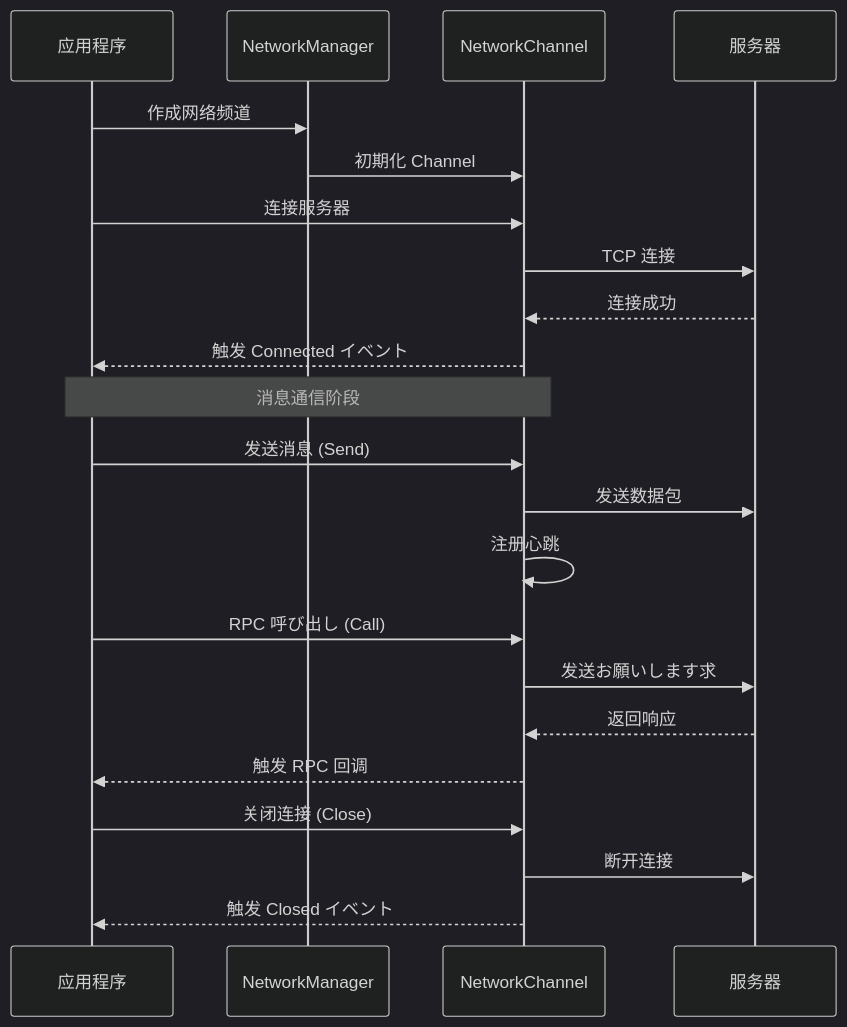
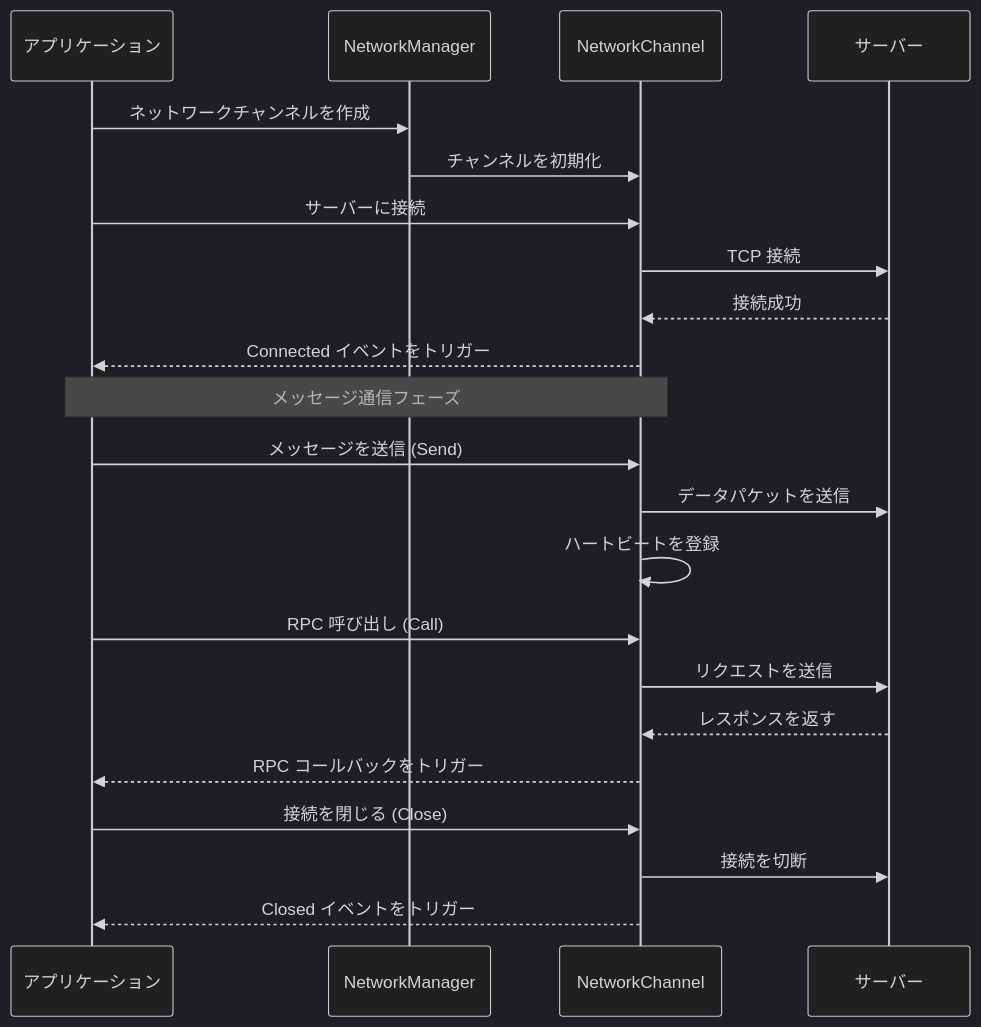
Before and after one commit to AlianBlank/GameFrameX.Docs: the second of 3 diagrams in docs/ja/client/unity/component/network/03.getting-started.md, drawn with Mermaid (dark theme). The commit also changed other lines of this file and 320 other files, not shown here.

````diff
--- a/docs/ja/client/unity/component/network/03.getting-started.md
+++ b/docs/ja/client/unity/component/network/03.getting-started.md
@@ -65,29 +65,29 @@
 ```mermaid
 sequenceDiagram
-    participant App as 应用程序
+    participant App as アプリケーション
     participant NM as NetworkManager
     participant NC as NetworkChannel
-    participant Server as 服务器
+    participant Server as サーバー
 
-    App->>NM: 作成网络频道
-    NM->>NC: 初期化 Channel
-    App->>NC: 连接服务器
-    NC->>Server: TCP 连接
-    Server-->>NC: 连接成功
-    NC-->>App: 触发 Connected イベント
+    App->>NM: ネットワークチャンネルを作成
+    NM->>NC: チャンネルを初期化
+    App->>NC: サーバーに接続
+    NC->>Server: TCP 接続
+    Server-->>NC: 接続成功
+    NC-->>App: Connected イベントをトリガー
     
-    Note over App,NC: 消息通信阶段
+    Note over App,NC: メッセージ通信フェーズ
     
-    App->>NC: 发送消息 (Send)
-    NC->>Server: 发送数据包
-    NC->>NC: 注册心跳
+    App->>NC: メッセージを送信 (Send)
+    NC->>Server: データパケットを送信
+    NC->>NC: ハートビートを登録
     
     App->>NC: RPC 呼び出し (Call)
-    NC->>Server: 发送お願いします求
-    Server-->>NC: 返回响应
-    NC-->>App: 触发 RPC 回调
+    NC->>Server: リクエストを送信
+    Server-->>NC: レスポンスを返す
+    NC-->>App: RPC コールバックをトリガー
     
-    App->>NC: 关闭连接 (Close)
-    NC->>Server: 断开连接
-    NC-->>App: 触发 Closed イベント
+    App->>NC: 接続を閉じる (Close)
+    NC->>Server: 接続を切断
+    NC-->>App: Closed イベントをトリガー
 ```
````
